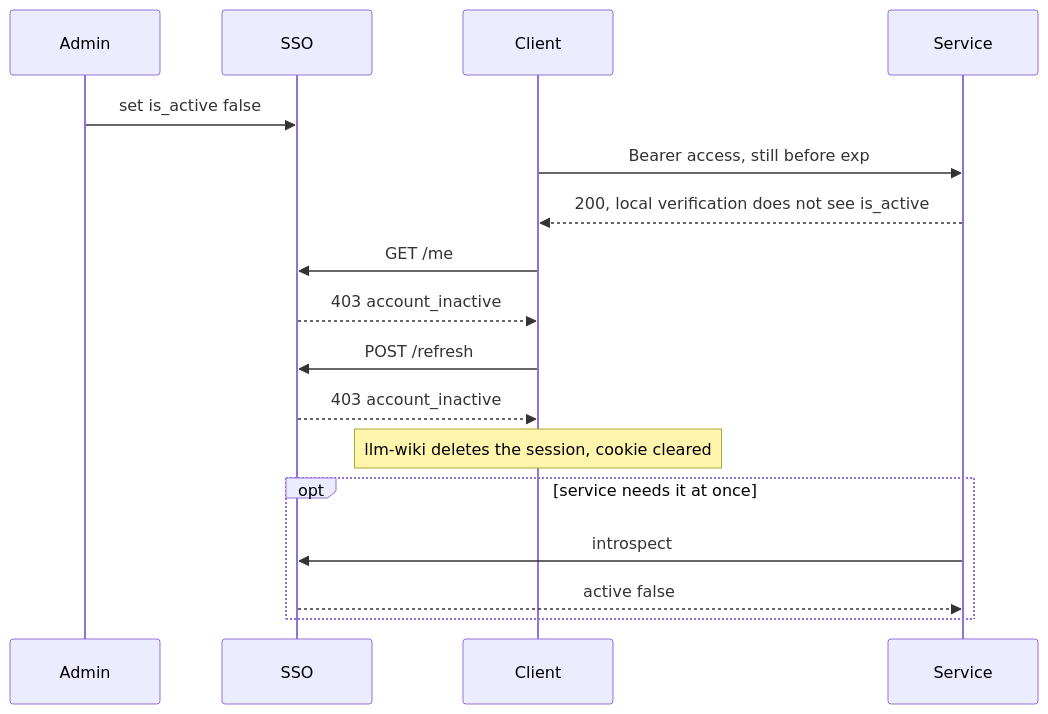
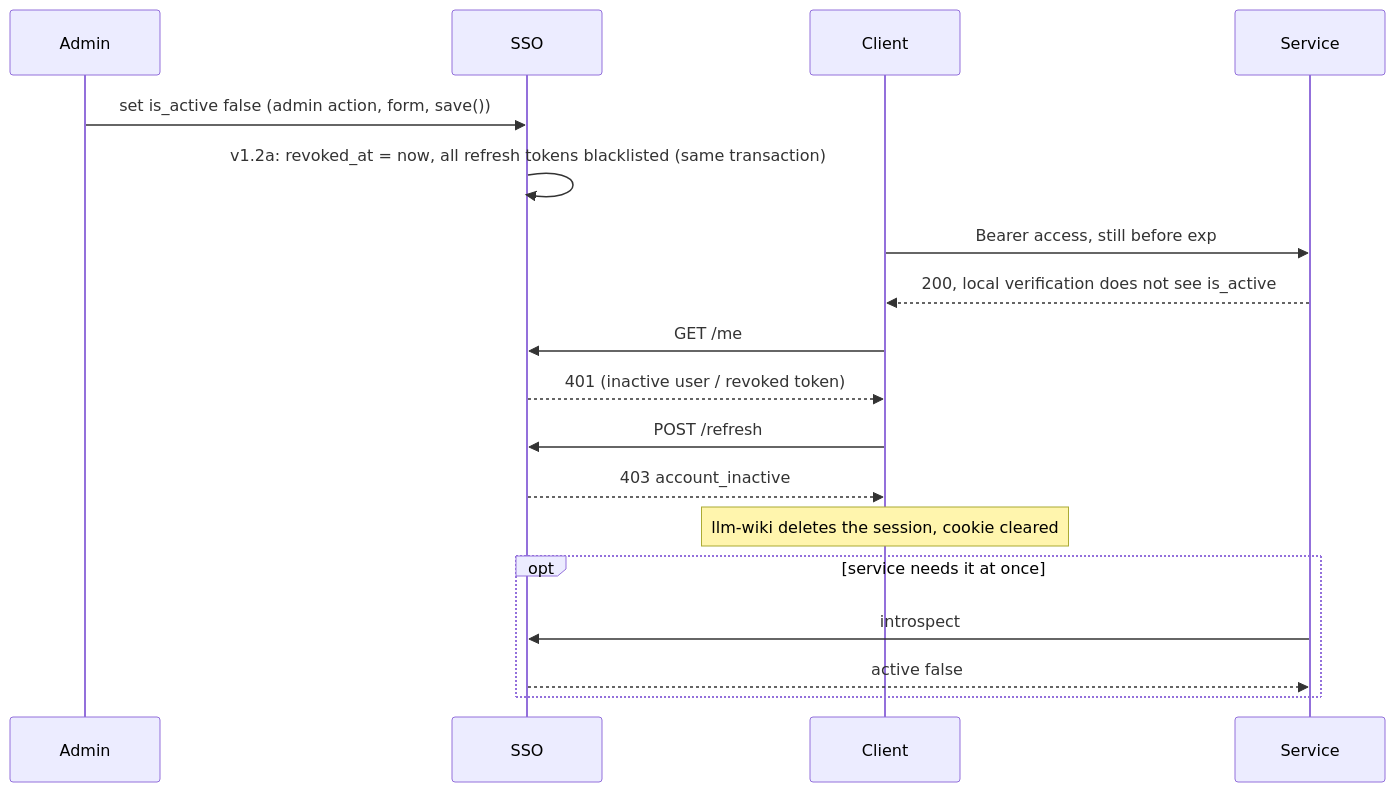
One commit to Neural-Matrix-LLC/SSO-server changed diagram 29 of 33 in docs/ARCHITECTURE.md. Above: the diagram before and after it, drawn with Mermaid. The commit also changed other lines of this file and 5 other files, not shown here.

Commit message:
docs: v1.2a as built, library/proxy decisions, API manual, architecture, README

````diff
--- a/docs/ARCHITECTURE.md
+++ b/docs/ARCHITECTURE.md
@@ -988,19 +1003,20 @@
 ```mermaid
 sequenceDiagram
   participant A as Admin
   participant S as SSO
   participant C as Client
   participant API as Service
-  A->>S: set is_active false
+  A->>S: set is_active false (admin action, form, save())
+  S->>S: v1.2a: revoked_at = now, all refresh tokens blacklisted (same transaction)
   C->>API: Bearer access, still before exp
   API-->>C: 200, local verification does not see is_active
   C->>S: GET /me
-  S-->>C: 403 account_inactive
+  S-->>C: 401 (inactive user / revoked token)
   C->>S: POST /refresh
   S-->>C: 403 account_inactive
   Note over C: llm-wiki deletes the session, cookie cleared
   opt service needs it at once
     API->>S: introspect
     S-->>API: active false
   end
 ```
````
